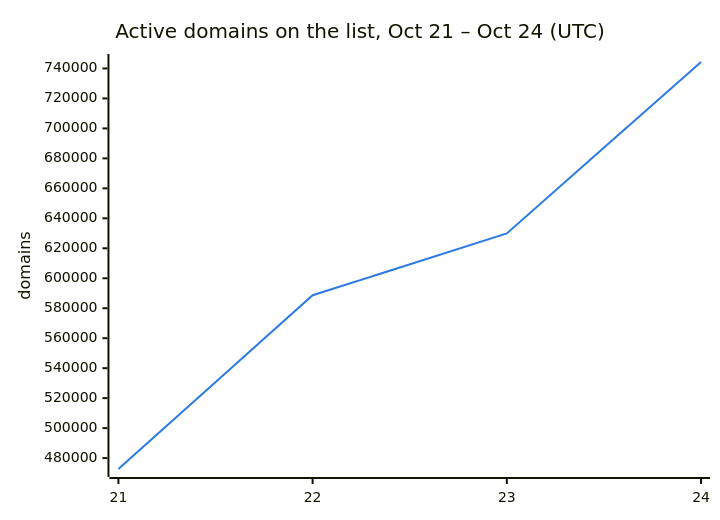
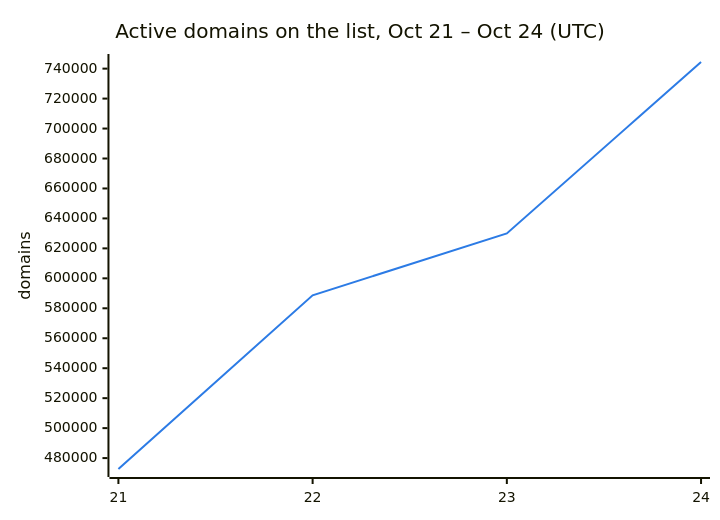
The second of 3 diagrams in README.md (DNSBunker/CTI), drawn with Mermaid before and after one commit. The commit also changed other lines of this file and 3 other files, not shown here.

````diff
--- a/README.md
+++ b/README.md
@@ -38,8 +38,8 @@
 ```mermaid
 %%{init: {"themeVariables": {"xyChart": {"plotColorPalette": "#2c7be5"}}}}%%
 xychart-beta
     title "Active domains on the list, Oct 21 – Oct 24 (UTC)"
     x-axis ["21", "22", "23", "24"]
     y-axis "domains"
-    line [472713, 588659, 629951, 744320]
+    line [472713, 588659, 629951, 744429]
 ```
````
